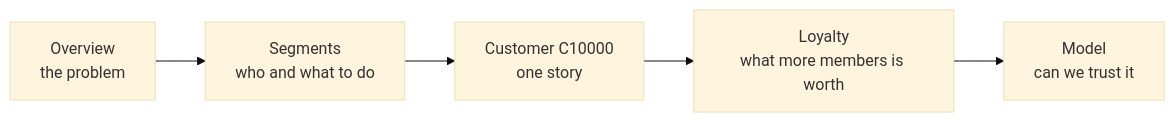
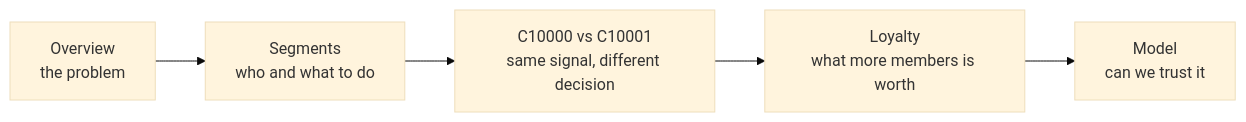
The ninth of 9 diagrams in README.md (inloopsoham/primark-clv), drawn with Mermaid (base theme) before and after one commit. The commit also changed other lines of this file and 13 other files, not shown here.

````diff
--- a/README.md
+++ b/README.md
@@ -302,7 +302,7 @@
 ```mermaid
 flowchart LR
     O[Overview<br/>the problem] --> S[Segments<br/>who and what to do]
-    S --> C[Customer C10000<br/>one story]
+    S --> C[C10000 vs C10001<br/>same signal, different decision]
     C --> L[Loyalty<br/>what more members is worth]
     L --> M[Model<br/>can we trust it]
 ```
````
